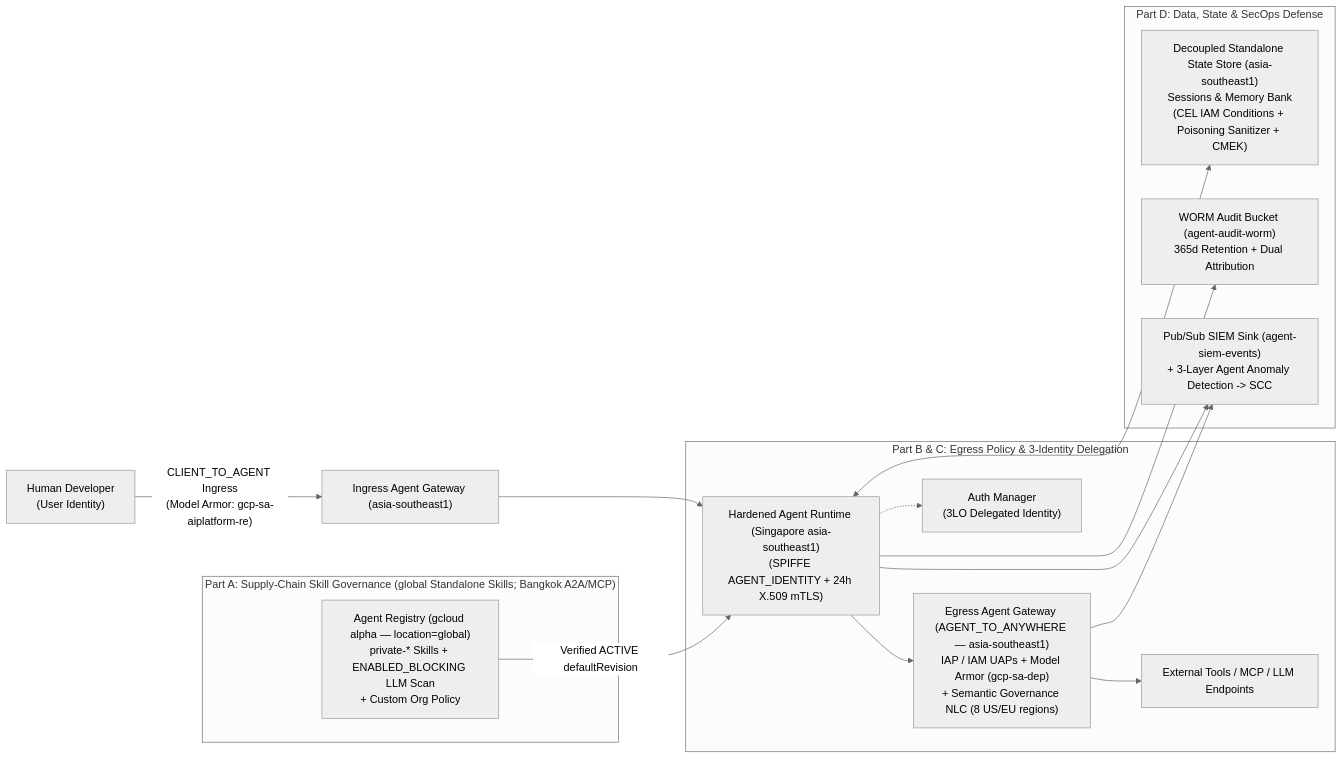
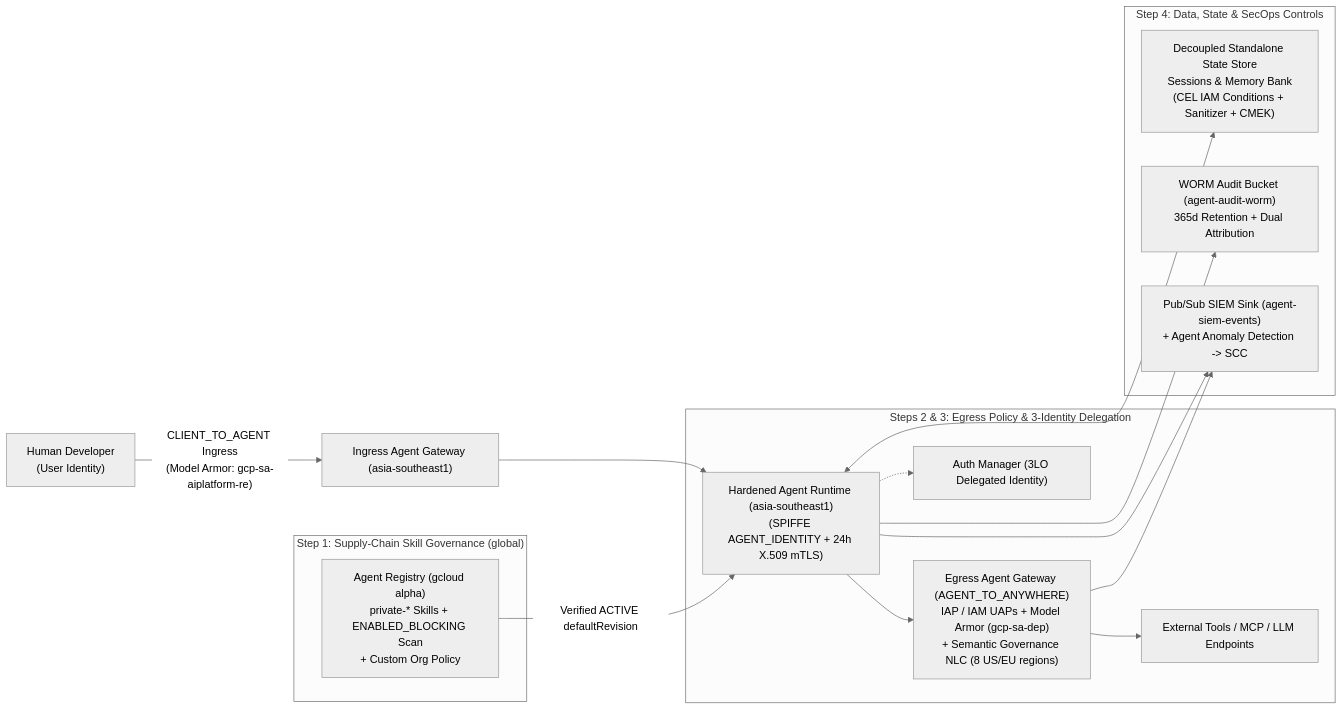
Before and after one commit to jiratouchmhp/coding-agent-workshop: the diagram in workshop/07-LAB-OPTIONAL-SECURITY-AND-GOVERNANCE.md, drawn with Mermaid (neutral theme). The commit also changed other lines of this file and 10 other files, not shown here.

````diff
--- a/workshop/07-LAB-OPTIONAL-SECURITY-AND-GOVERNANCE.md
+++ b/workshop/07-LAB-OPTIONAL-SECURITY-AND-GOVERNANCE.md
@@ -46,30 +354,30 @@
 ```mermaid
 flowchart LR
     User["Human Developer<br/>(User Identity)"] -->|"CLIENT_TO_AGENT Ingress<br/>(Model Armor: gcp-sa-aiplatform-re)"| InGW["Ingress Agent Gateway (asia-southeast1)"]
-    InGW --> RT["Hardened Agent Runtime (Singapore asia-southeast1)<br/>(SPIFFE AGENT_IDENTITY + 24h X.509 mTLS)"]
+    InGW --> RT["Hardened Agent Runtime (asia-southeast1)<br/>(SPIFFE AGENT_IDENTITY + 24h X.509 mTLS)"]
 
-    subgraph SUPPLY["Part A: Supply-Chain Skill Governance (global Standalone Skills; Bangkok A2A/MCP)"]
-        AReg["Agent Registry (gcloud alpha — location=global)<br/>private-* Skills + ENABLED_BLOCKING LLM Scan<br/>+ Custom Org Policy"]
+    subgraph SUPPLY["Step 1: Supply-Chain Skill Governance (global)"]
+        AReg["Agent Registry (gcloud alpha)<br/>private-* Skills + ENABLED_BLOCKING Scan<br/>+ Custom Org Policy"]
     end
 
-    subgraph EGRESS["Part B & C: Egress Policy & 3-Identity Delegation"]
-        EgGW["Egress Agent Gateway (AGENT_TO_ANYWHERE — asia-southeast1)<br/>IAP / IAM UAPs + Model Armor (gcp-sa-dep)<br/>+ Semantic Governance NLC (8 US/EU regions)"]
-        AuthMgr["Auth Manager<br/>(3LO Delegated Identity)"]
+    subgraph EGRESS["Steps 2 & 3: Egress Policy & 3-Identity Delegation"]
+        EgGW["Egress Agent Gateway (AGENT_TO_ANYWHERE)<br/>IAP / IAM UAPs + Model Armor (gcp-sa-dep)<br/>+ Semantic Governance NLC (8 US/EU regions)"]
+        AuthMgr["Auth Manager (3LO Delegated Identity)"]
         Tools["External Tools / MCP / LLM Endpoints"]
         RT --> EgGW
         RT -.-> AuthMgr
         EgGW --> Tools
     end
 
-    subgraph DATA["Part D: Data, State & SecOps Defense"]
-        State["Decoupled Standalone State Store (asia-southeast1)<br/>Sessions & Memory Bank<br/>(CEL IAM Conditions + Poisoning Sanitizer + CMEK)"]
+    subgraph DATA["Step 4: Data, State & SecOps Controls"]
+        State["Decoupled Standalone State Store<br/>Sessions & Memory Bank<br/>(CEL IAM Conditions + Sanitizer + CMEK)"]
         WORM["WORM Audit Bucket (agent-audit-worm)<br/>365d Retention + Dual Attribution"]
-        SIEM["Pub/Sub SIEM Sink (agent-siem-events)<br/>+ 3-Layer Agent Anomaly Detection -> SCC"]
+        SIEM["Pub/Sub SIEM Sink (agent-siem-events)<br/>+ Agent Anomaly Detection -> SCC"]
         RT <--> State
         RT --> WORM
         RT --> SIEM
         EgGW --> SIEM
     end
 
     AReg -->|"Verified ACTIVE defaultRevision"| RT
 ```
````
